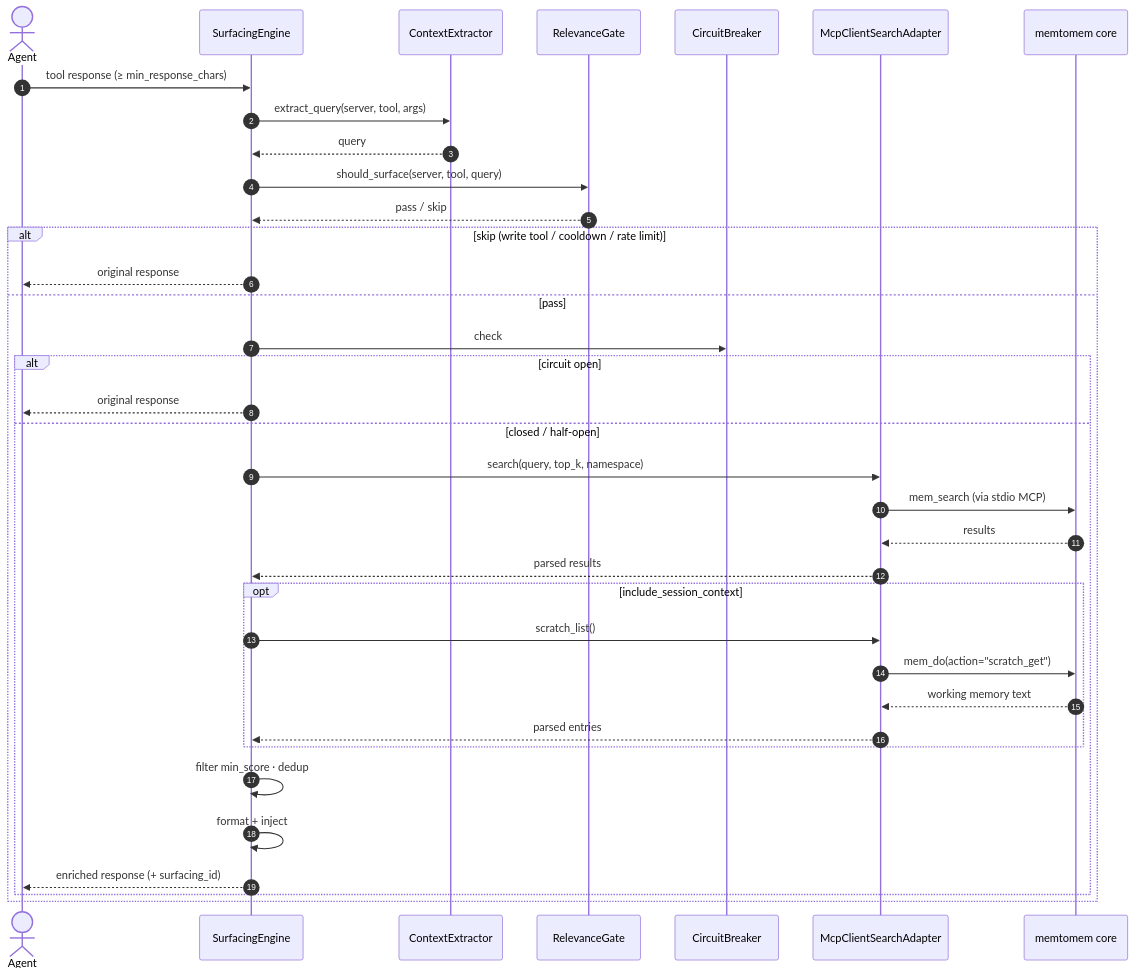
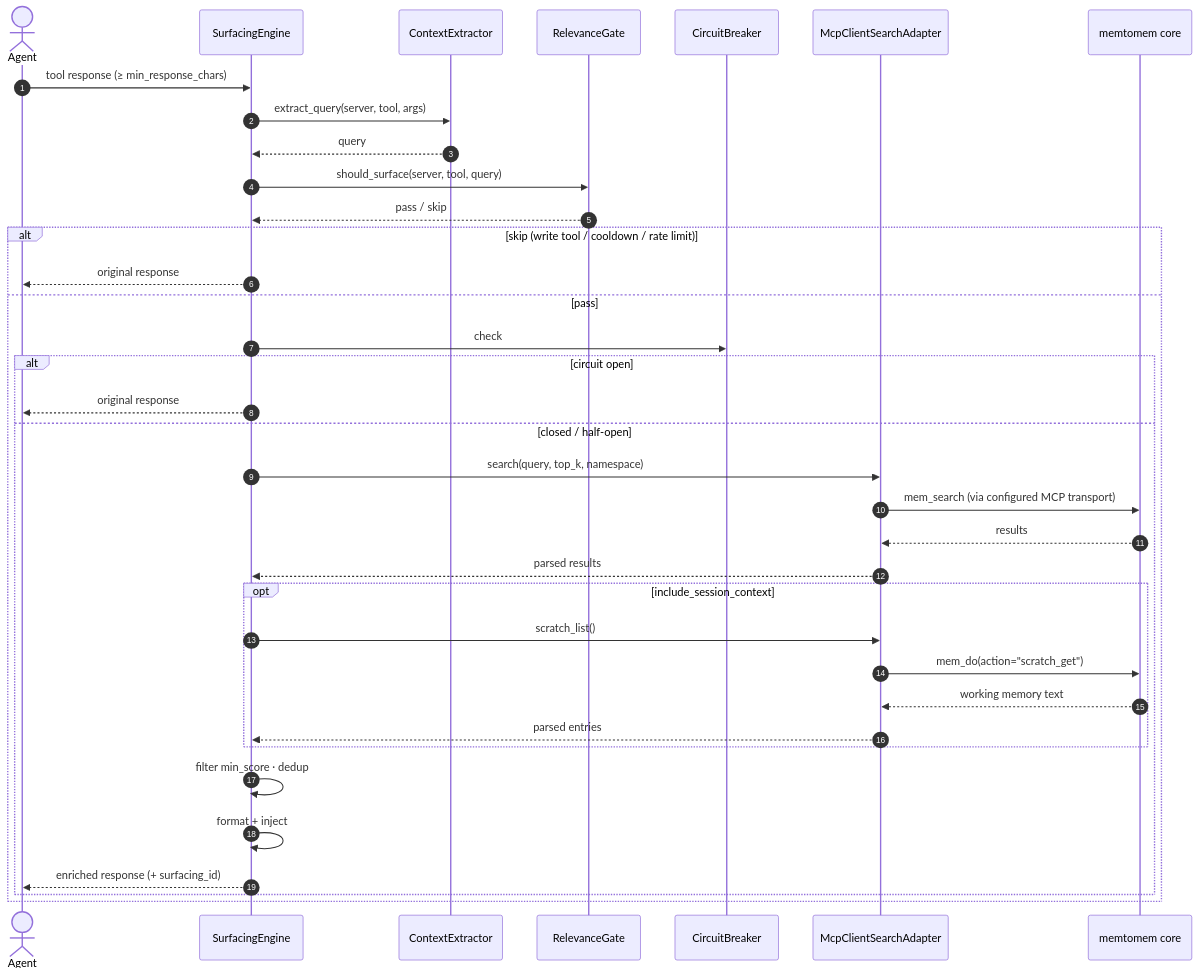
Before and after one commit to memtomem/memtomem-stm: the third of 5 diagrams in docs/surfacing.md, drawn with Mermaid. The commit also changed other lines of this file and 5 other files, not shown here.

````diff
--- a/docs/surfacing.md
+++ b/docs/surfacing.md
@@ -145,39 +145,39 @@
 ```mermaid
 sequenceDiagram
     autonumber
     actor Agent
     participant STM as SurfacingEngine
     participant Ext as ContextExtractor
     participant Gate as RelevanceGate
     participant CB as CircuitBreaker
     participant MCP as McpClientSearchAdapter
     participant Core as memtomem core
 
     Agent->>STM: tool response (≥ min_response_chars)
     STM->>Ext: extract_query(server, tool, args)
     Ext-->>STM: query
     STM->>Gate: should_surface(server, tool, query)
     Gate-->>STM: pass / skip
     alt skip (write tool / cooldown / rate limit)
         STM-->>Agent: original response
     else pass
         STM->>CB: check
         alt circuit open
             STM-->>Agent: original response
         else closed / half-open
             STM->>MCP: search(query, top_k, namespace)
-            MCP->>Core: mem_search (via stdio MCP)
+            MCP->>Core: mem_search (via configured MCP transport)
             Core-->>MCP: results
             MCP-->>STM: parsed results
             opt include_session_context
                 STM->>MCP: scratch_list()
                 MCP->>Core: mem_do(action="scratch_get")
                 Core-->>MCP: working memory text
                 MCP-->>STM: parsed entries
             end
             STM->>STM: filter min_score · dedup
             STM->>STM: format + inject
             STM-->>Agent: enriched response (+ surfacing_id)
         end
     end
 ```
````
